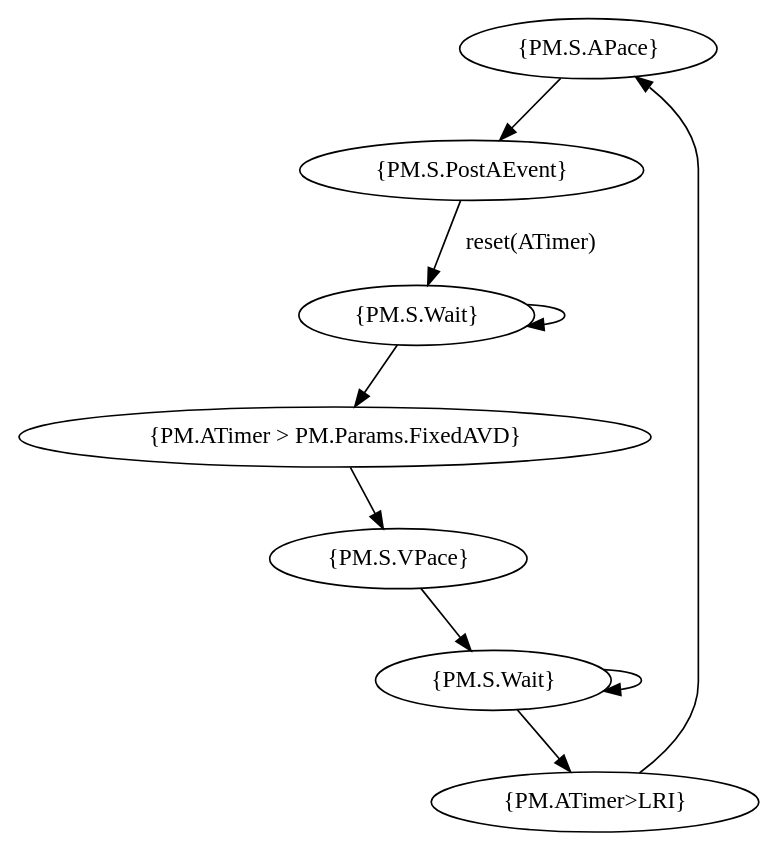
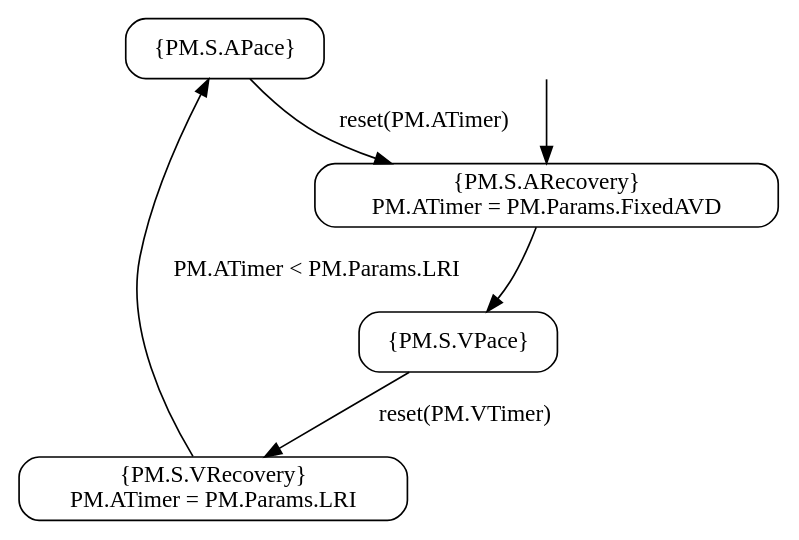
One commit to juodaspaulius/BehavioralClafer changed the diagram in pacemaker-case-study/pacemaker-model/Modes/doo.dot. Above: the diagram before and after it, drawn with Graphviz. The commit also changed 13 other files, not shown here.

```diff
--- a/pacemaker-case-study/pacemaker-model/Modes/doo.dot
+++ b/pacemaker-case-study/pacemaker-model/Modes/doo.dot
@@ -1,18 +1,20 @@
-digraph {
+digraph{
+  splines=true;
+  sep="+25,25";
+overlap=scalexy;
+nodesep=0.6;
+	node [style=rounded shape=box];
+
   1 [label="{PM.S.APace}"];
-  7 [label="{PM.S.PostAEvent}"]
-  2 [label="{PM.S.Wait}"];
-  3 [label="{PM.ATimer > PM.Params.FixedAVD}"];
-  4 [label="{PM.S.VPace}"];
-  6 [label="{PM.ATimer>LRI}"];
-  5 [label="{PM.S.Wait}"];
-  1->7;
-  7->2 [label="reset(ATimer)"];
-  2->2
-  2->3
-  3->4
-  4->5
-  5->5
-  5->6
-  6->1
+  2 [label="{PM.S.ARecovery}\n PM.ATimer = PM.Params.FixedAVD"];
+  3 [label="{PM.S.VPace}"];
+  4 [label="{PM.S.VRecovery} \n PM.ATimer = PM.Params.LRI"];
+  hidden [style=invis];
+
+  hidden -> 2;
+  1 -> 2 [label="reset(PM.ATimer)"];
+  3 -> 4 [label="reset(PM.VTimer)"];
+  2 -> 3 
+4 -> 1 [label="PM.ATimer < PM.Params.LRI"];
+
 }
```
